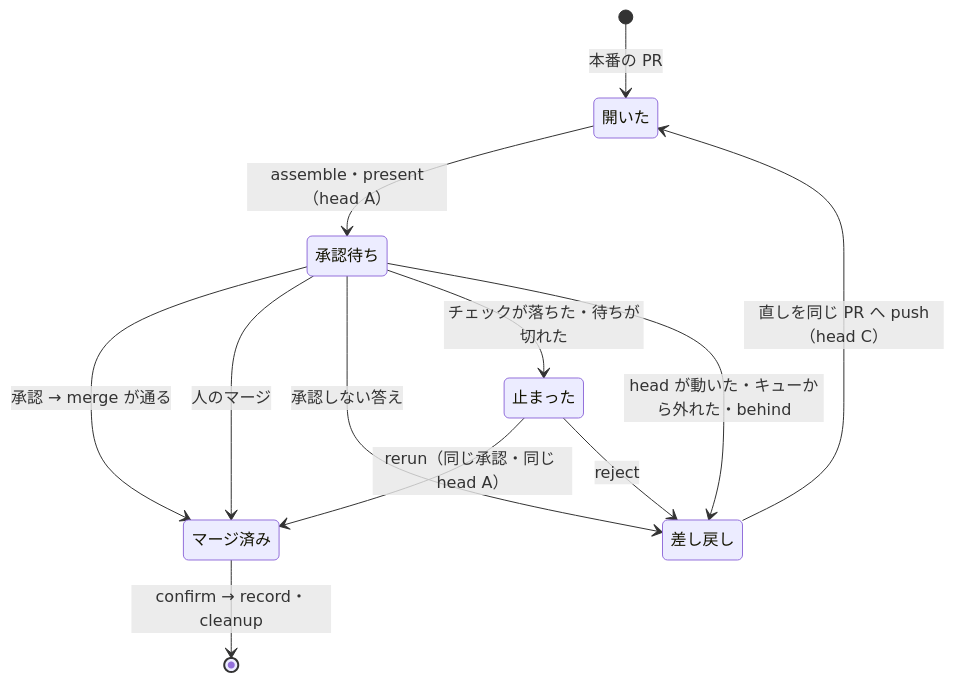
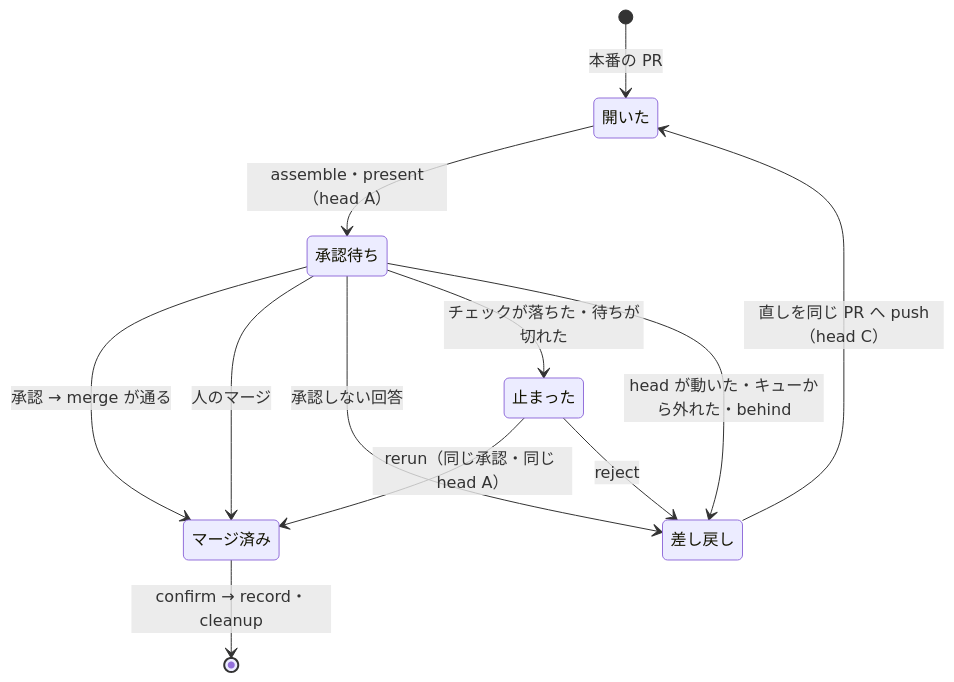
One commit to devbasex/ai-plugins changed the fourth of 4 diagrams in issues/issue-3572-design.md. Above: the diagram before and after it, drawn with Mermaid. The commit also changed other lines of this file and 8 other files, not shown here.

````diff
--- a/issues/issue-3572-design.md
+++ b/issues/issue-3572-design.md
@@ -616,14 +616,14 @@
 ```mermaid
 stateDiagram-v2
     [*] --> 開いた: 本番の PR
     開いた --> 承認待ち: assemble・present（head A）
     承認待ち --> マージ済み: 承認 → merge が通る
     承認待ち --> マージ済み: 人のマージ
-    承認待ち --> 差し戻し: 承認しない答え
+    承認待ち --> 差し戻し: 承認しない回答
     承認待ち --> 止まった: チェックが落ちた・待ちが切れた
     承認待ち --> 差し戻し: head が動いた・キューから外れた・behind
     止まった --> マージ済み: rerun（同じ承認・同じ head A）
     止まった --> 差し戻し: reject
     差し戻し --> 開いた: 直しを同じ PR へ push（head C）
     マージ済み --> [*]: confirm → record・cleanup
 ```
````
